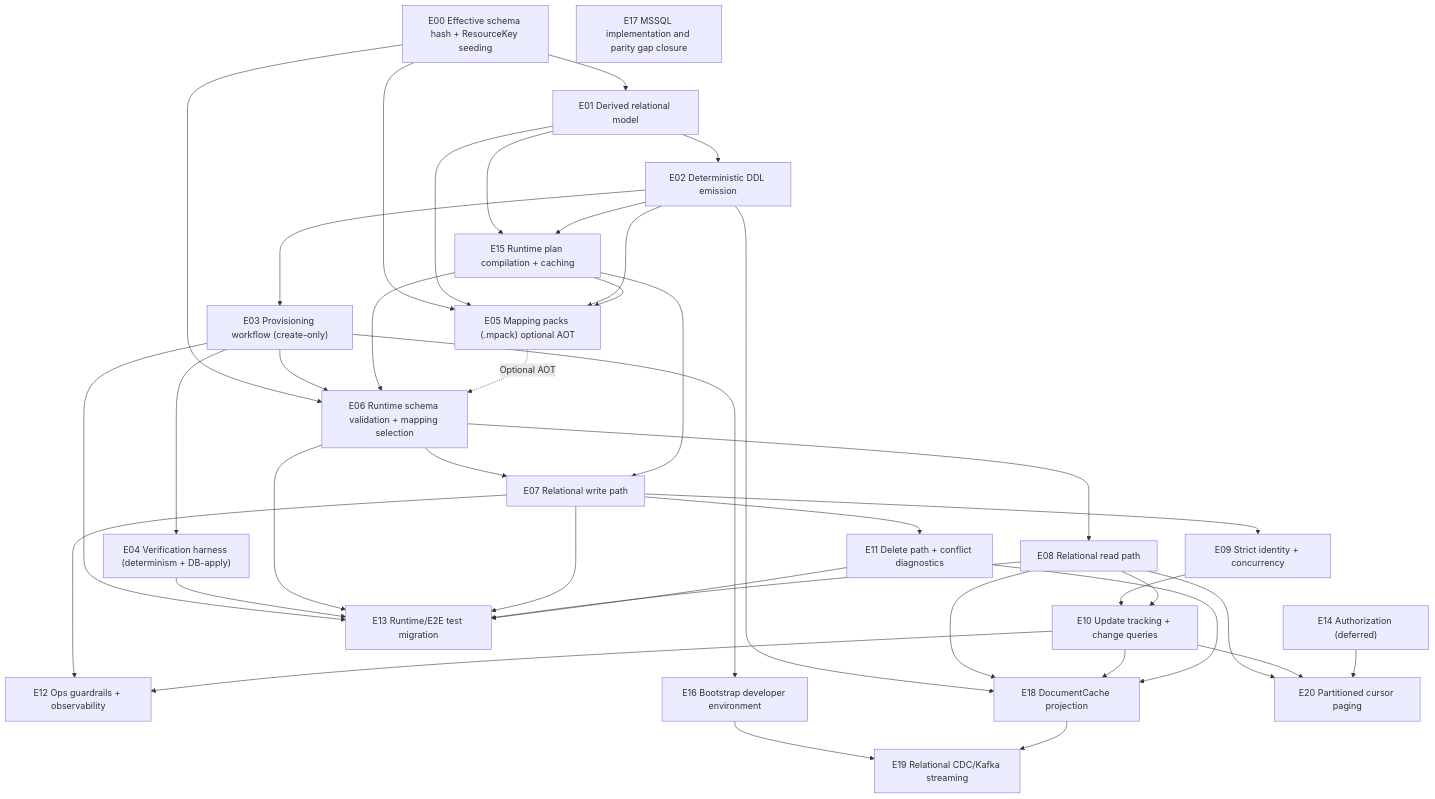
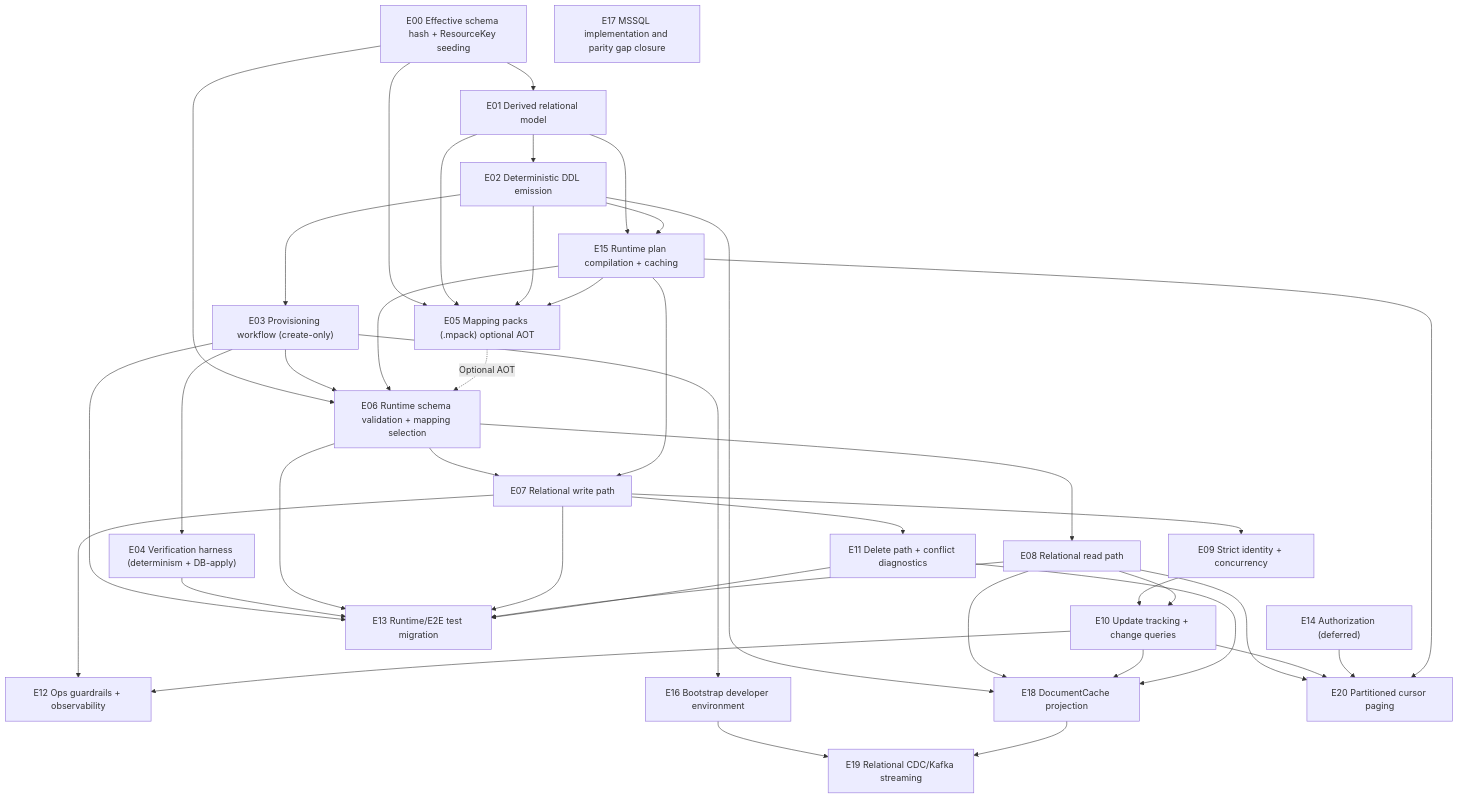
Before and after one commit to Ed-Fi-Alliance-OSS/Data-Management-Service: the diagram in reference/design/backend-redesign/epics/DEPENDENCIES.md, drawn with Mermaid. The commit also changed other lines of this file and 17 other files, not shown here.

````diff
--- a/reference/design/backend-redesign/epics/DEPENDENCIES.md
+++ b/reference/design/backend-redesign/epics/DEPENDENCIES.md
@@ -26,70 +26,71 @@
 ```mermaid
 graph TD
   E00["E00 Effective schema hash + ResourceKey seeding"]
   E01["E01 Derived relational model"]
   E02["E02 Deterministic DDL emission"]
   E03["E03 Provisioning workflow (create-only)"]
   E04["E04 Verification harness (determinism + DB-apply)"]
   E05["E05 Mapping packs (.mpack) optional AOT"]
   E06["E06 Runtime schema validation + mapping selection"]
   E07["E07 Relational write path"]
   E08["E08 Relational read path"]
   E09["E09 Strict identity + concurrency"]
   E10["E10 Update tracking + change queries"]
   E11["E11 Delete path + conflict diagnostics"]
   E12["E12 Ops guardrails + observability"]
   E13["E13 Runtime/E2E test migration"]
   E14["E14 Authorization (deferred)"]
   E15["E15 Runtime plan compilation + caching"]
   E16["E16 Bootstrap developer environment"]
   E17["E17 MSSQL implementation and parity gap closure"]
   E18["E18 DocumentCache projection"]
   E19["E19 Relational CDC/Kafka streaming"]
   E20["E20 Partitioned cursor paging"]
 
   E00 --> E01 --> E02 --> E03 --> E04
 
   E01 --> E15
   E02 --> E15
 
   E00 --> E05
   E01 --> E05
   E02 --> E05
   E15 --> E05
 
   E00 --> E06
   E03 --> E06
   E15 --> E06
   E05 -. Optional AOT .-> E06
 
   E06 --> E07 --> E09 --> E10
   E15 --> E07
   E06 --> E08 --> E10
   E07 --> E11
   E07 --> E12
   E10 --> E12
 
   E03 --> E13
   E04 --> E13
   E06 --> E13
   E07 --> E13
   E08 --> E13
   E11 --> E13
 
   E03 --> E16
 
   E02 --> E18
   E08 --> E18
   E10 --> E18
   E11 --> E18
 
   E16 --> E19
   E18 --> E19
 
   E08 --> E20
   E10 --> E20
   E14 --> E20
+  E15 --> E20
 
   E14
   E17
 ```
````
